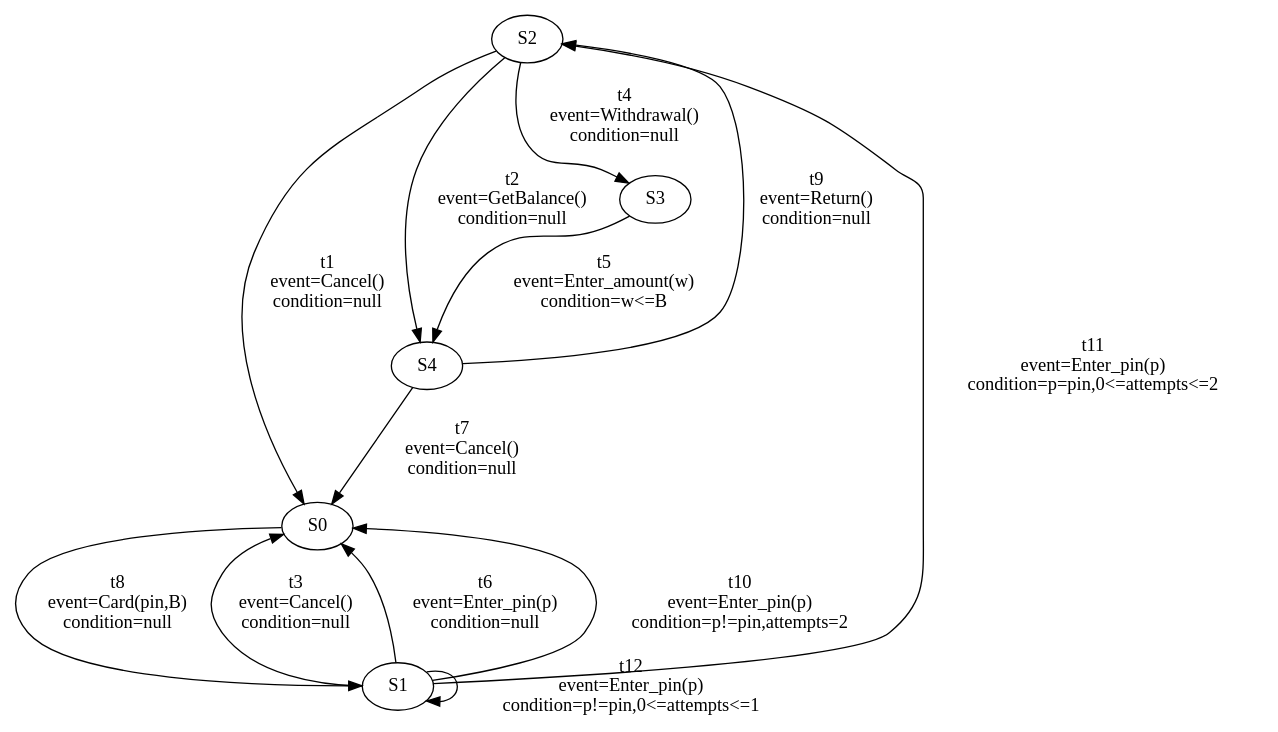
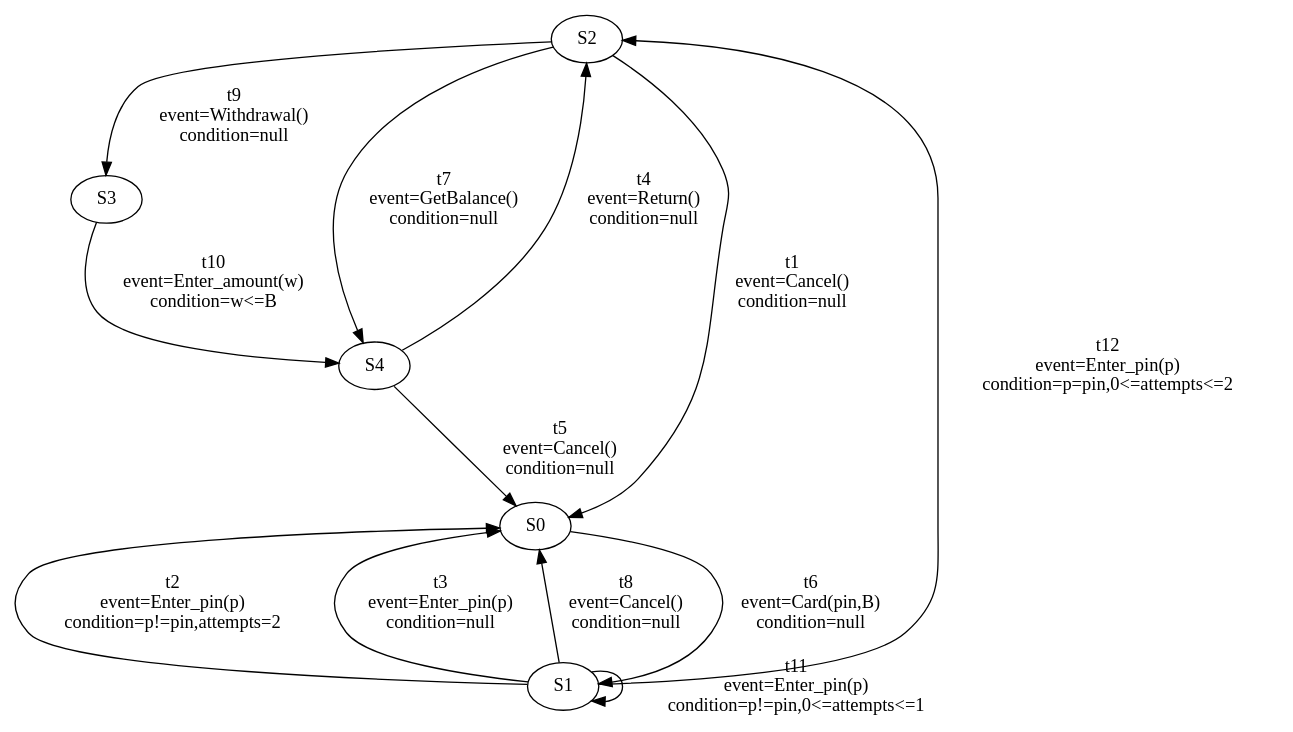
The diagram in file/result1.dot (Catxiaobai/project), drawn with Graphviz before and after one commit. The commit also changed 12 other files, not shown here.

```diff
--- a/file/result1.dot
+++ b/file/result1.dot
@@ -1,38 +1,38 @@
 digraph g {
  S2 -> S0 [ label="t1
 event=Cancel()
 condition=null" ];
- S2 -> S4 [ label="t2
+ S1 -> S0 [ label="t2
+event=Enter_pin(p)
+condition=p!=pin,attempts=2" ];
+ S1 -> S0 [ label="t3
+event=Enter_pin(p)
+condition=null" ];
+ S4 -> S2 [ label="t4
+event=Return()
+condition=null" ];
+ S4 -> S0 [ label="t5
+event=Cancel()
+condition=null" ];
+ S0 -> S1 [ label="t6
+event=Card(pin,B)
+condition=null" ];
+ S2 -> S4 [ label="t7
 event=GetBalance()
 condition=null" ];
- S1 -> S0 [ label="t3
+ S1 -> S0 [ label="t8
 event=Cancel()
 condition=null" ];
- S2 -> S3 [ label="t4
+ S2 -> S3 [ label="t9
 event=Withdrawal()
 condition=null" ];
- S3 -> S4 [ label="t5
+ S3 -> S4 [ label="t10
 event=Enter_amount(w)
 condition=w<=B" ];
- S1 -> S0 [ label="t6
+ S1 -> S1 [ label="t11
 event=Enter_pin(p)
-condition=null" ];
- S4 -> S0 [ label="t7
-event=Cancel()
-condition=null" ];
- S0 -> S1 [ label="t8
-event=Card(pin,B)
-condition=null" ];
- S4 -> S2 [ label="t9
-event=Return()
-condition=null" ];
- S1 -> S0 [ label="t10
-event=Enter_pin(p)
-condition=p!=pin,attempts=2" ];
- S1 -> S2 [ label="t11
+condition=p!=pin,0<=attempts<=1" ];
+ S1 -> S2 [ label="t12
 event=Enter_pin(p)
 condition=p=pin,0<=attempts<=2" ];
- S1 -> S1 [ label="t12
-event=Enter_pin(p)
-condition=p!=pin,0<=attempts<=1" ];
 }
```
